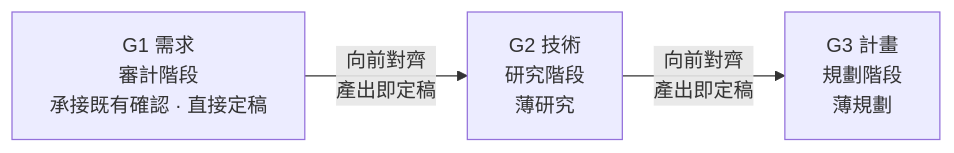
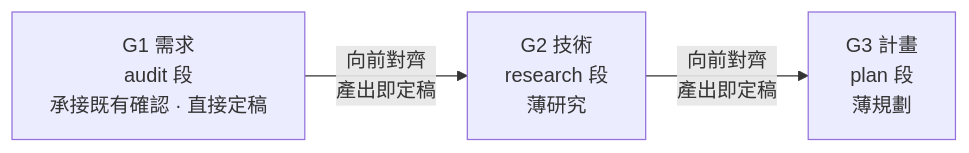
One commit to teps3105/shiftblame changed the sixth of 8 diagrams in skills/shiftblame/SKILL.md. Above: the diagram before and after it, drawn with Mermaid. The commit also changed other lines of this file and 26 other files, not shown here.

````diff
--- a/skills/shiftblame/SKILL.md
+++ b/skills/shiftblame/SKILL.md
@@ -278,5 +261,5 @@
 ```mermaid
 flowchart LR
-    G1["G1 需求<br/>審計階段<br/>承接既有確認 · 直接定稿"] -->|"向前對齊<br/>產出即定稿"| G2["G2 技術<br/>研究階段<br/>薄研究"]
-    G2 -->|"向前對齊<br/>產出即定稿"| G3["G3 計畫<br/>規劃階段<br/>薄規劃"]
+    G1["G1 需求<br/>audit 段<br/>承接既有確認 · 直接定稿"] -->|"向前對齊<br/>產出即定稿"| G2["G2 技術<br/>research 段<br/>薄研究"]
+    G2 -->|"向前對齊<br/>產出即定稿"| G3["G3 計畫<br/>plan 段<br/>薄規劃"]
 ```
````
